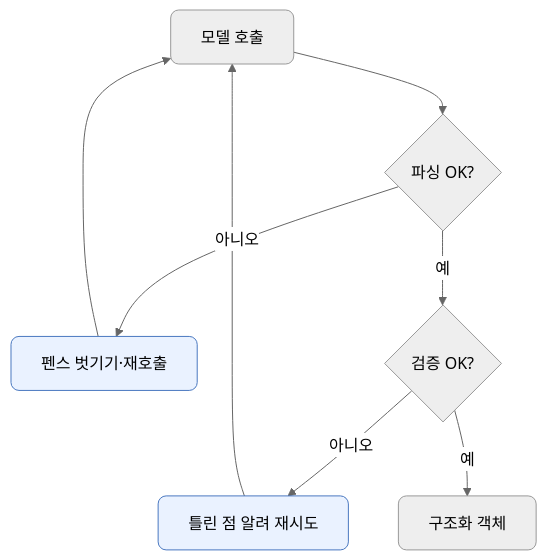
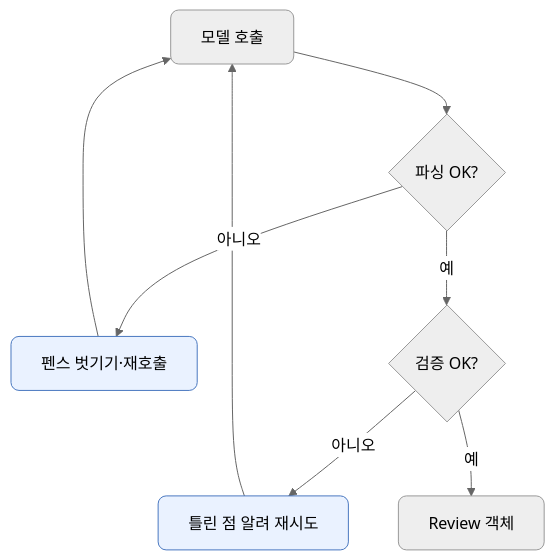
The fourth of 4 diagrams in docs/section1/lec08/README.md (CodeCompose7/ai_service_engineering), drawn with Mermaid (neutral theme) before and after one commit. The commit also changed other lines of this file and 2 other files, not shown here.

````diff
--- a/docs/section1/lec08/README.md
+++ b/docs/section1/lec08/README.md
@@ -182,13 +201,13 @@
 ```mermaid
 flowchart TD
   CALL["모델 호출"] --> P{"파싱 OK?"}
   P -->|"아니오"| FIX["펜스 벗기기·재호출"]
   FIX --> CALL
   P -->|"예"| V{"검증 OK?"}
   V -->|"아니오"| FB["틀린 점 알려 재시도"]
   FB --> CALL
-  V -->|"예"| DONE["구조화 객체"]
+  V -->|"예"| DONE["Review 객체"]
   classDef default rx:8,ry:8;
   classDef key fill:#eaf2ff,stroke:#4a78c0;
   class FIX,FB key;
 ```
````
